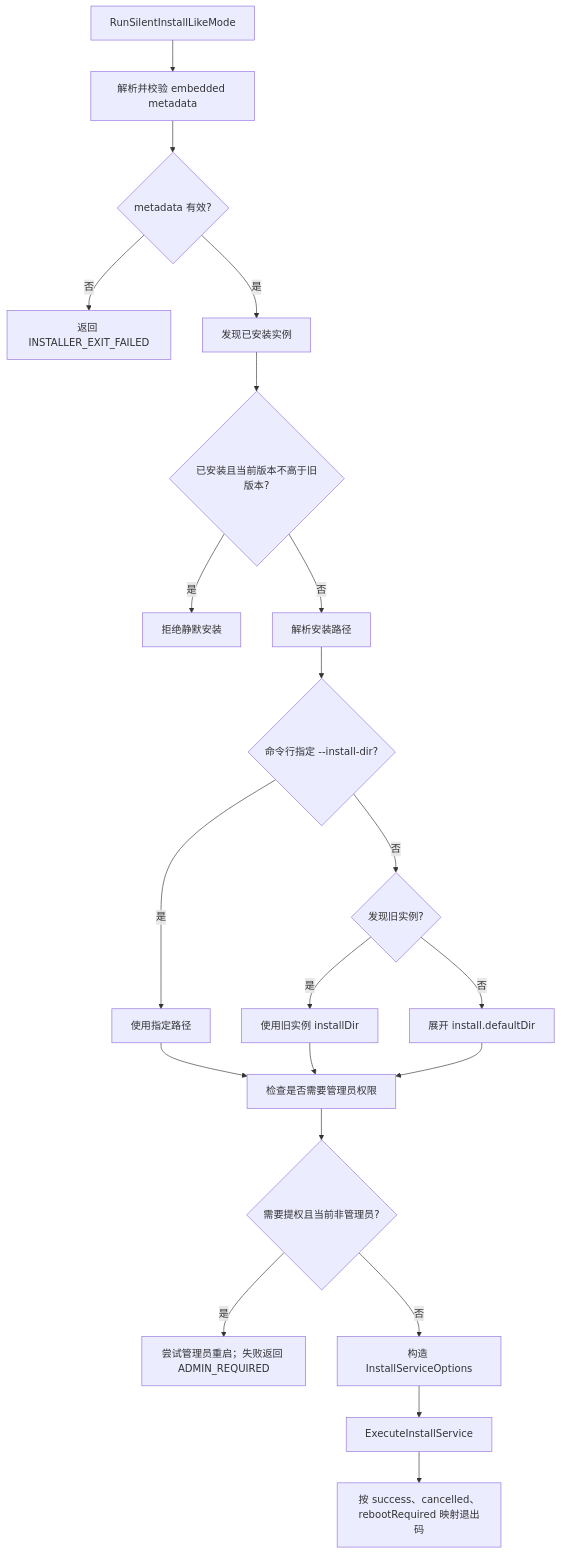
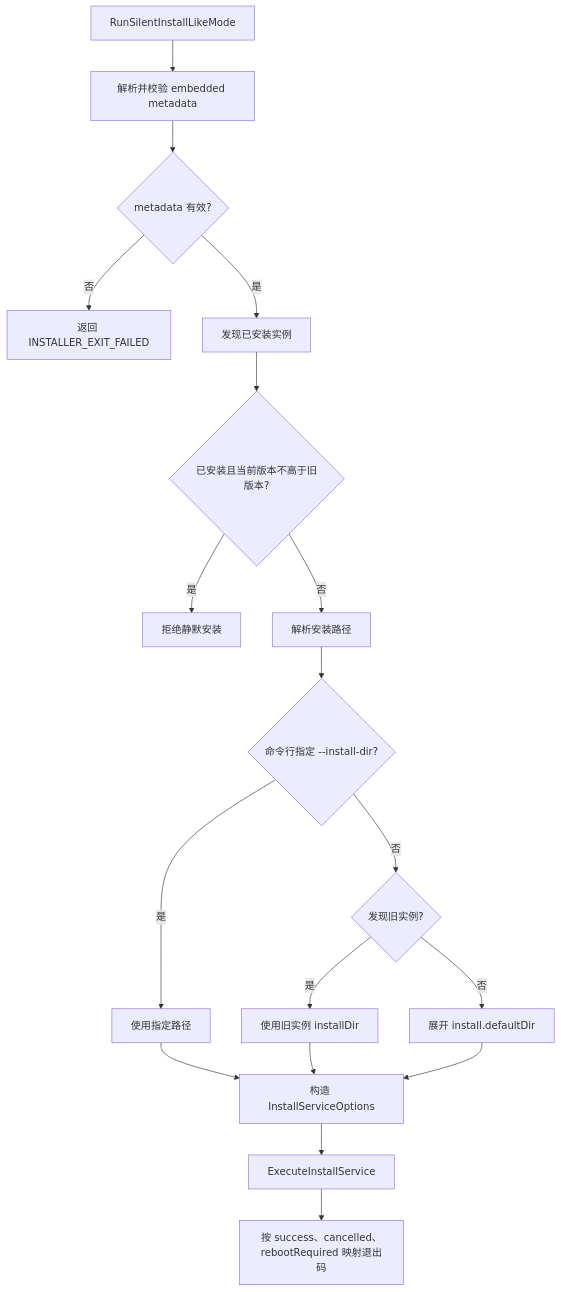
The third of 10 diagrams in docs/安装器流程图.md (lu020218/Multi-Threaded_Installer), drawn with Mermaid before and after one commit. The commit also changed other lines of this file and 10 other files, not shown here.

````diff
--- a/docs/安装器流程图.md
+++ b/docs/安装器流程图.md
@@ -52,23 +50,20 @@
 ```mermaid
 flowchart TD
     A[RunSilentInstallLikeMode] --> B[解析并校验 embedded metadata]
     B --> C{metadata 有效?}
     C -->|否| C1[返回 INSTALLER_EXIT_FAILED]
     C -->|是| D[发现已安装实例]
     D --> E{已安装且当前版本不高于旧版本?}
     E -->|是| E1[拒绝静默安装]
     E -->|否| F[解析安装路径]
     F --> G{命令行指定 --install-dir?}
     G -->|是| H[使用指定路径]
     G -->|否| I{发现旧实例?}
     I -->|是| I1[使用旧实例 installDir]
     I -->|否| I2[展开 install.defaultDir]
-    H --> J[检查是否需要管理员权限]
-    I1 --> J
-    I2 --> J
-    J --> K{需要提权且当前非管理员?}
-    K -->|是| K1[尝试管理员重启；失败返回 ADMIN_REQUIRED]
-    K -->|否| L[构造 InstallServiceOptions]
+    H --> L[构造 InstallServiceOptions]
+    I1 --> L
+    I2 --> L
     L --> M[ExecuteInstallService]
     M --> N[按 success、cancelled、rebootRequired 映射退出码]
 ```
````
